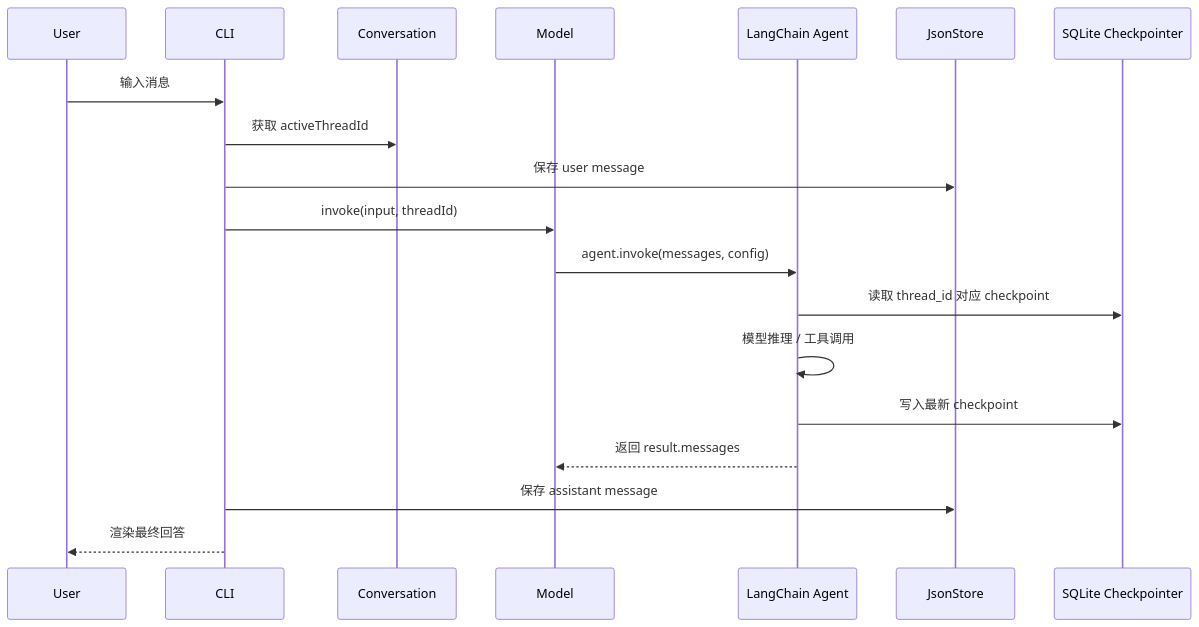
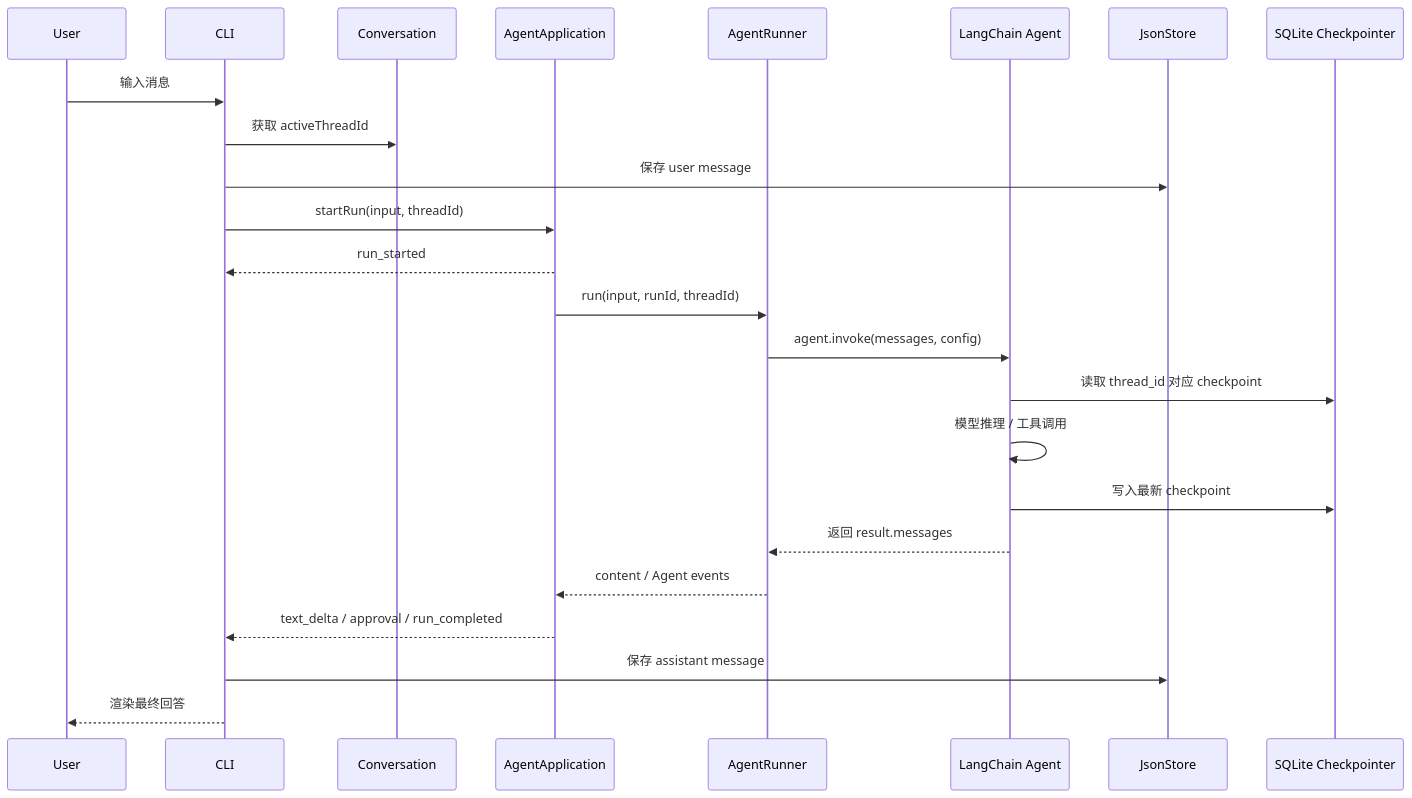
The second of 2 diagrams in README.md (ITDanZF/langchainjs-learn), drawn with Mermaid before and after one commit. The commit also changed other lines of this file and 27 other files, not shown here.

First line of the commit message:
feat: Introduce Agent and Thread applications with CLI integration

````diff
--- a/README.md
+++ b/README.md
@@ -126,22 +119,27 @@
 ```mermaid
 sequenceDiagram
   participant U as User
   participant CLI as CLI
   participant C as Conversation
-  participant M as Model
+  participant APP as AgentApplication
+  participant M as AgentRunner
   participant A as LangChain Agent
   participant J as JsonStore
   participant S as SQLite Checkpointer
 
   U->>CLI: 输入消息
   CLI->>C: 获取 activeThreadId
   CLI->>J: 保存 user message
-  CLI->>M: invoke(input, threadId)
+  CLI->>APP: startRun(input, threadId)
+  APP-->>CLI: run_started
+  APP->>M: run(input, runId, threadId)
   M->>A: agent.invoke(messages, config)
   A->>S: 读取 thread_id 对应 checkpoint
   A->>A: 模型推理 / 工具调用
   A->>S: 写入最新 checkpoint
   A-->>M: 返回 result.messages
+  M-->>APP: content / Agent events
+  APP-->>CLI: text_delta / approval / run_completed
   CLI->>J: 保存 assistant message
   CLI-->>U: 渲染最终回答
 ```
````
